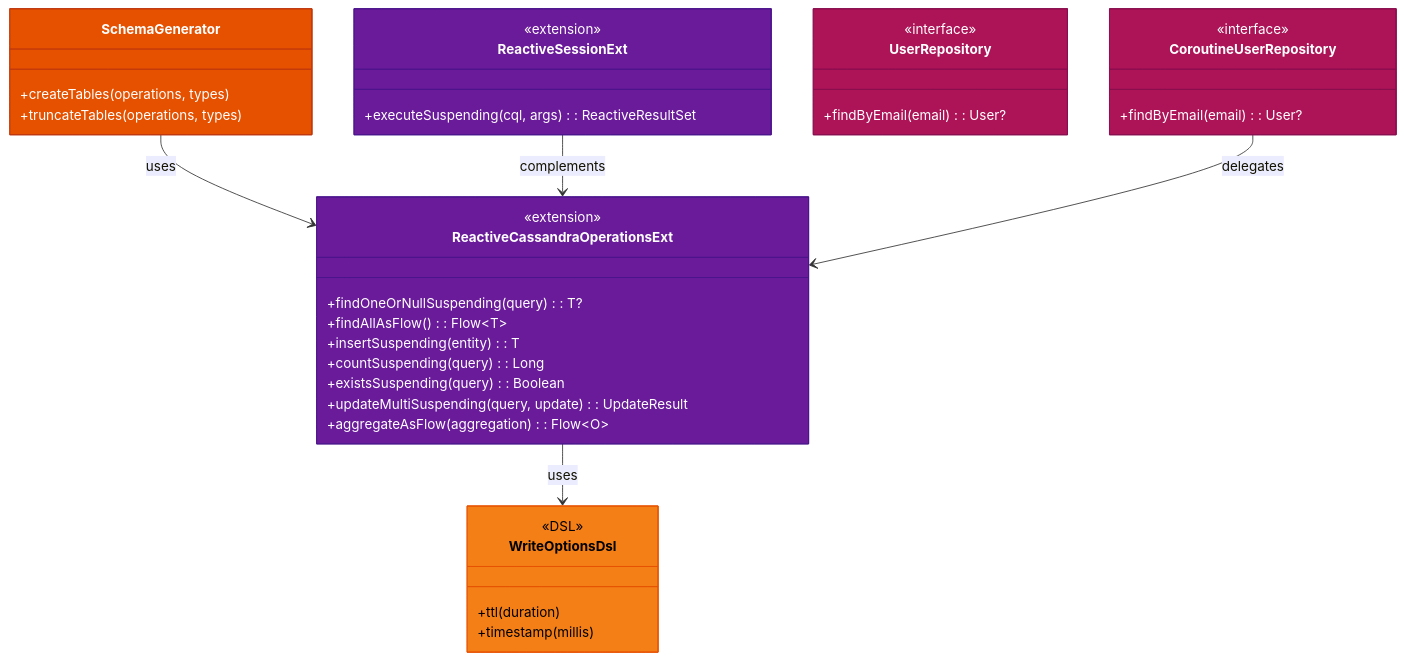
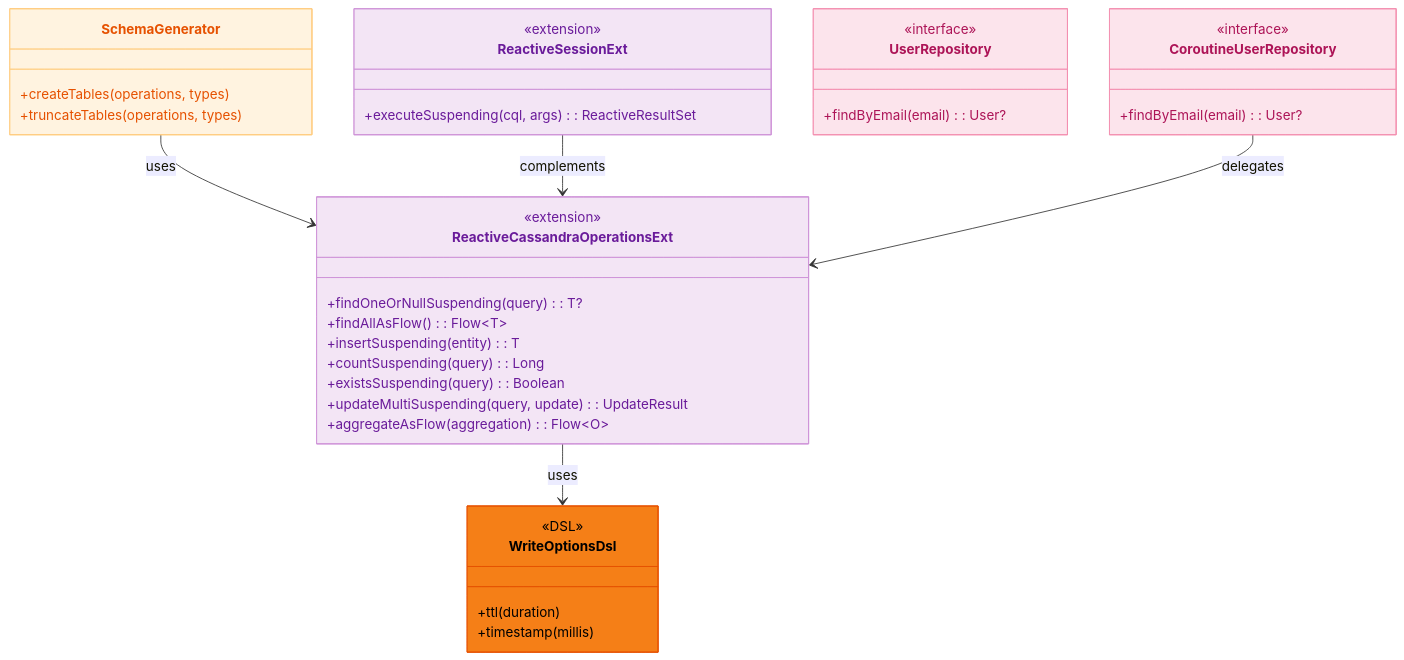
Before and after one commit to bluetape4k/bluetape4k-projects: the first of 3 diagrams in spring-boot4/cassandra/README.md, drawn with Mermaid. The commit also changed other lines of this file and 219 other files, not shown here.

First line of the commit message:
docs: 전체 README Mermaid 다이어그램 가이드 적용

````diff
--- a/spring-boot4/cassandra/README.md
+++ b/spring-boot4/cassandra/README.md
@@ -75,46 +75,46 @@
 ```mermaid
 classDiagram
     class ReactiveCassandraOperationsExt {
         <<extension>>
         +findOneOrNullSuspending(query): T?
         +findAllAsFlow(): Flow~T~
         +insertSuspending(entity): T
         +countSuspending(query): Long
         +existsSuspending(query): Boolean
         +updateMultiSuspending(query, update): UpdateResult
         +aggregateAsFlow(aggregation): Flow~O~
     }
     class ReactiveSessionExt {
         <<extension>>
         +executeSuspending(cql, args): ReactiveResultSet
     }
     class WriteOptionsDsl {
         <<DSL>>
         +ttl(duration)
         +timestamp(millis)
     }
     class SchemaGenerator {
         +createTables(operations, types)
         +truncateTables(operations, types)
     }
     class UserRepository {
         <<interface>>
         +findByEmail(email): User?
     }
     class CoroutineUserRepository {
         <<interface>>
         +findByEmail(email): User?
     }
 
     ReactiveCassandraOperationsExt --> WriteOptionsDsl : uses
     SchemaGenerator --> ReactiveCassandraOperationsExt : uses
     ReactiveSessionExt --> ReactiveCassandraOperationsExt : complements
     CoroutineUserRepository --> ReactiveCassandraOperationsExt : delegates
 
-    style ReactiveCassandraOperationsExt fill:#6A1B9A,stroke:#4A148C,color:#FFFFFF
-    style ReactiveSessionExt fill:#6A1B9A,stroke:#4A148C,color:#FFFFFF
+    style ReactiveCassandraOperationsExt fill:#F3E5F5,stroke:#CE93D8,color:#6A1B9A
+    style ReactiveSessionExt fill:#F3E5F5,stroke:#CE93D8,color:#6A1B9A
     style WriteOptionsDsl fill:#F57F17,stroke:#E65100,color:#000000
-    style SchemaGenerator fill:#E65100,stroke:#BF360C,color:#FFFFFF
-    style UserRepository fill:#AD1457,stroke:#880E4F,color:#FFFFFF
-    style CoroutineUserRepository fill:#AD1457,stroke:#880E4F,color:#FFFFFF
+    style SchemaGenerator fill:#FFF3E0,stroke:#FFCC80,color:#E65100
+    style UserRepository fill:#FCE4EC,stroke:#F48FB1,color:#AD1457
+    style CoroutineUserRepository fill:#FCE4EC,stroke:#F48FB1,color:#AD1457
 ```
````
